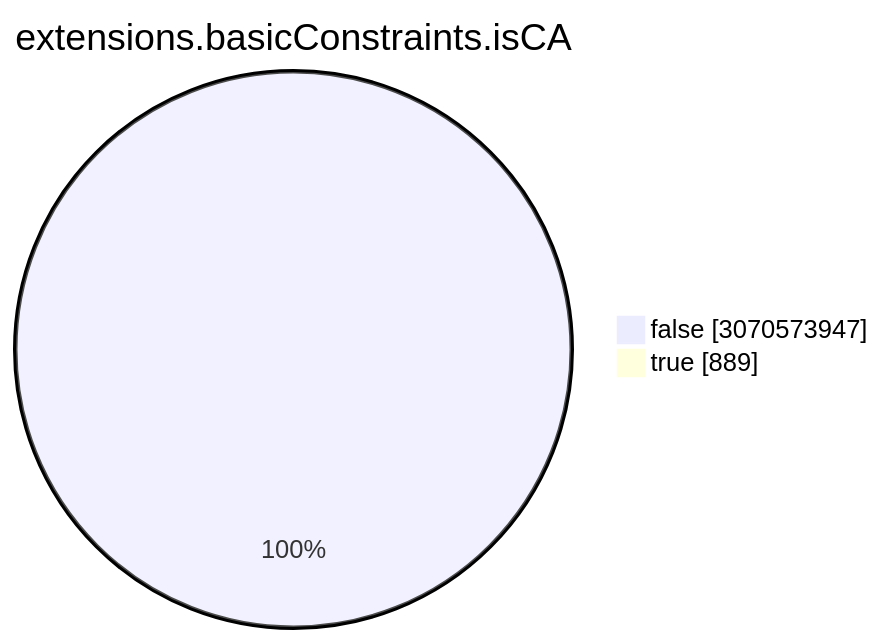
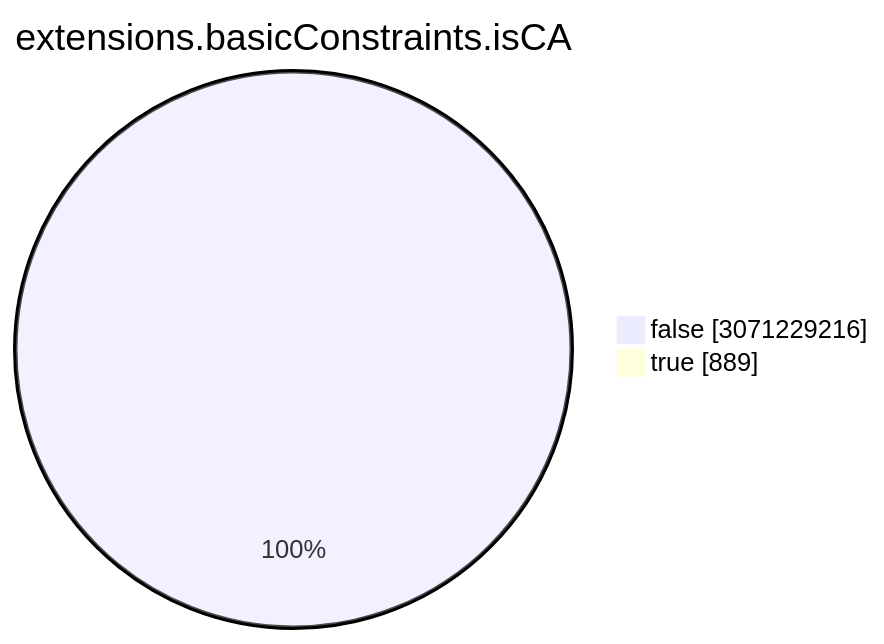
Before and after one commit to christiankrug/ctmonitor_visualization: the seventh of 15 diagrams in TOTAL/README.md, drawn with Mermaid. The commit also changed other lines of this file, not shown here.

````diff
--- a/TOTAL/README.md
+++ b/TOTAL/README.md
@@ -3088,6 +3088,6 @@
 ```mermaid
 pie showData
 title extensions.basicConstraints.isCA
-"false" :3070573947
+"false" :3071229216
 "true" :889
 ```
````
